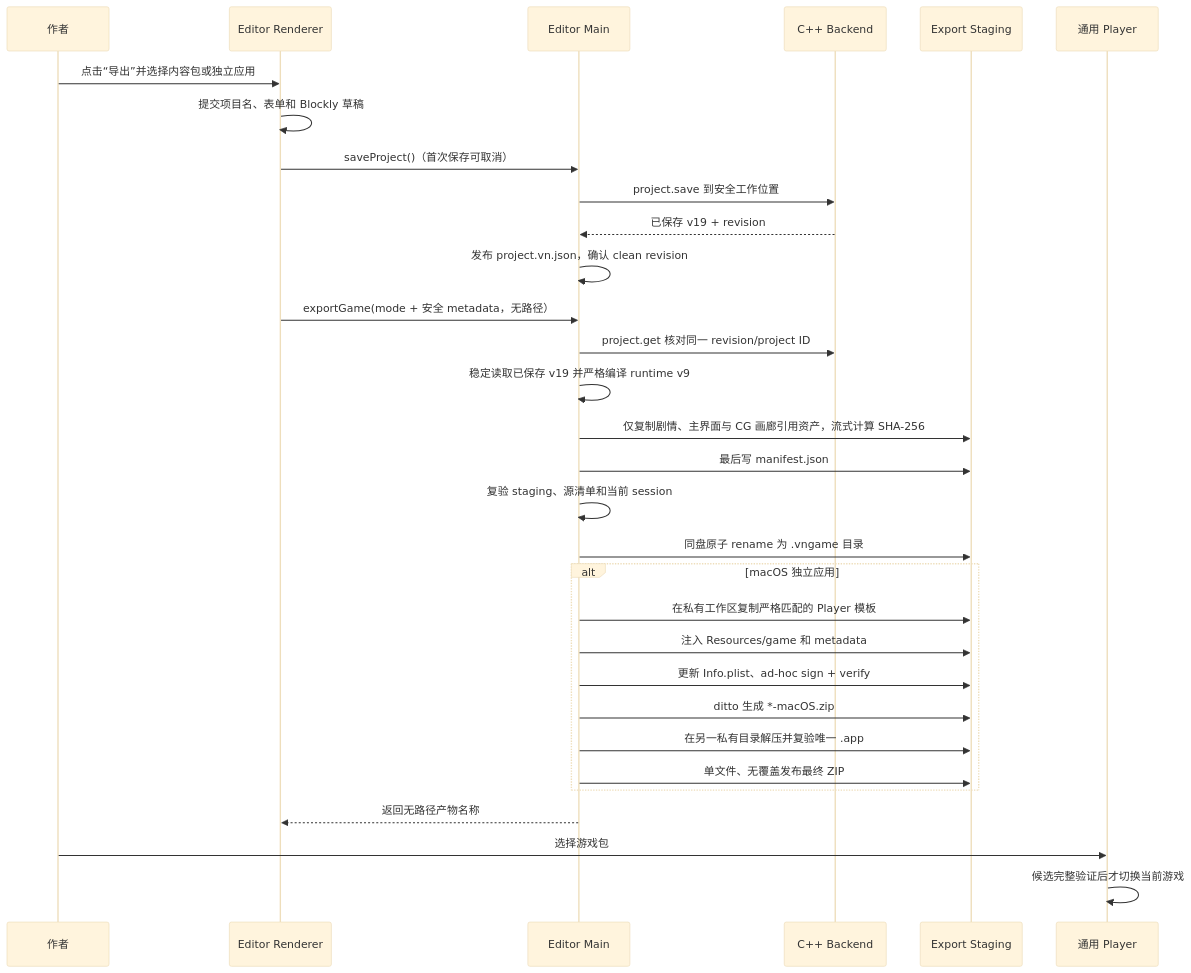
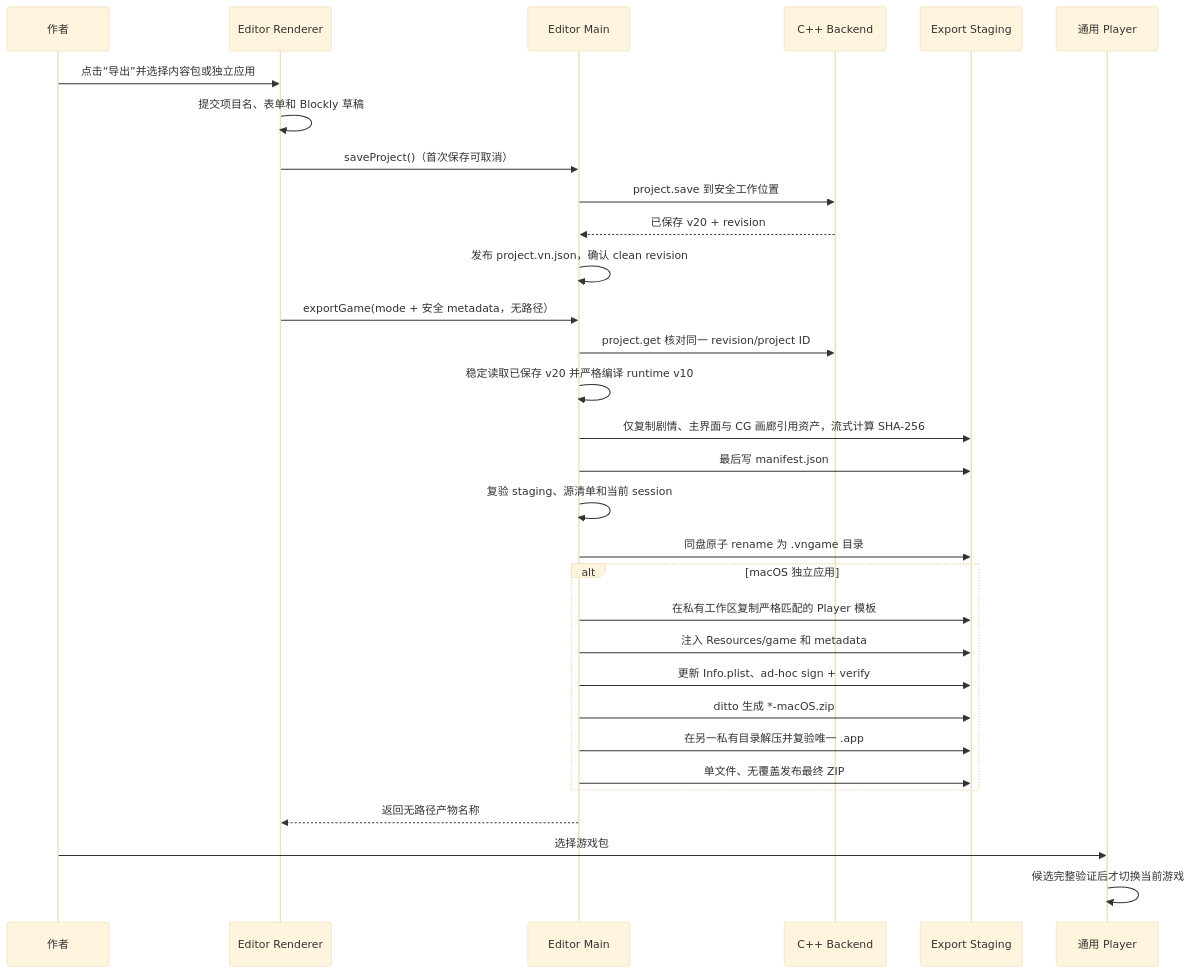
The second of 3 diagrams in docs/game-export-player.md (DarkboyRyan/Scratch-Novel-Engine), drawn with Mermaid (base theme) before and after one commit. The commit also changed other lines of this file and 174 other files, not shown here.

````diff
--- a/docs/game-export-player.md
+++ b/docs/game-export-player.md
@@ -362,34 +366,34 @@
 ```mermaid
 sequenceDiagram
   participant User as 作者
   participant UI as Editor Renderer
   participant Main as Editor Main
   participant CPP as C++ Backend
   participant Stage as Export Staging
   participant Player as 通用 Player
 
   User->>UI: 点击“导出”并选择内容包或独立应用
   UI->>UI: 提交项目名、表单和 Blockly 草稿
   UI->>Main: saveProject()（首次保存可取消）
   Main->>CPP: project.save 到安全工作位置
-  CPP-->>Main: 已保存 v19 + revision
+  CPP-->>Main: 已保存 v20 + revision
   Main->>Main: 发布 project.vn.json，确认 clean revision
   UI->>Main: exportGame(mode + 安全 metadata，无路径）
   Main->>CPP: project.get 核对同一 revision/project ID
-  Main->>Main: 稳定读取已保存 v19 并严格编译 runtime v9
+  Main->>Main: 稳定读取已保存 v20 并严格编译 runtime v10
   Main->>Stage: 仅复制剧情、主界面与 CG 画廊引用资产，流式计算 SHA-256
   Main->>Stage: 最后写 manifest.json
   Main->>Main: 复验 staging、源清单和当前 session
   Main->>Stage: 同盘原子 rename 为 .vngame 目录
   alt macOS 独立应用
     Main->>Stage: 在私有工作区复制严格匹配的 Player 模板
     Main->>Stage: 注入 Resources/game 和 metadata
     Main->>Stage: 更新 Info.plist、ad-hoc sign + verify
     Main->>Stage: ditto 生成 *-macOS.zip
     Main->>Stage: 在另一私有目录解压并复验唯一 .app
     Main->>Stage: 单文件、无覆盖发布最终 ZIP
   end
   Main-->>UI: 返回无路径产物名称
   User->>Player: 选择游戏包
   Player->>Player: 候选完整验证后才切换当前游戏
 ```
````
